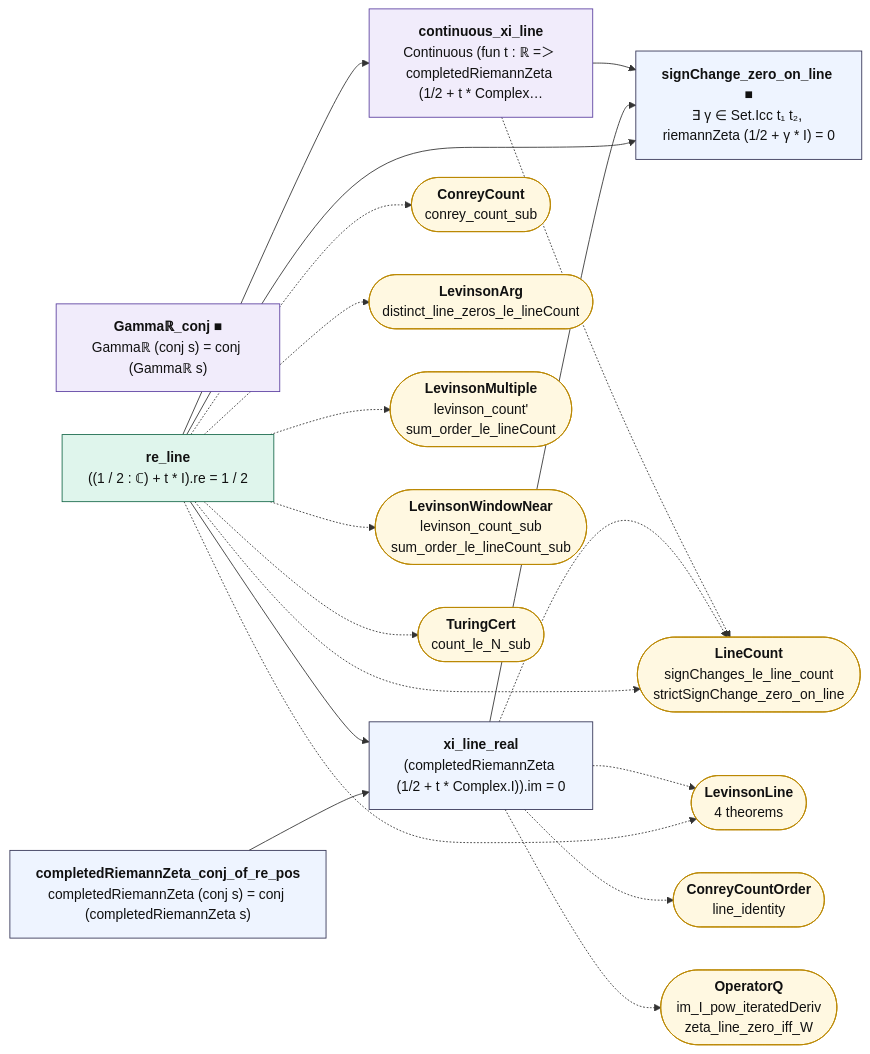
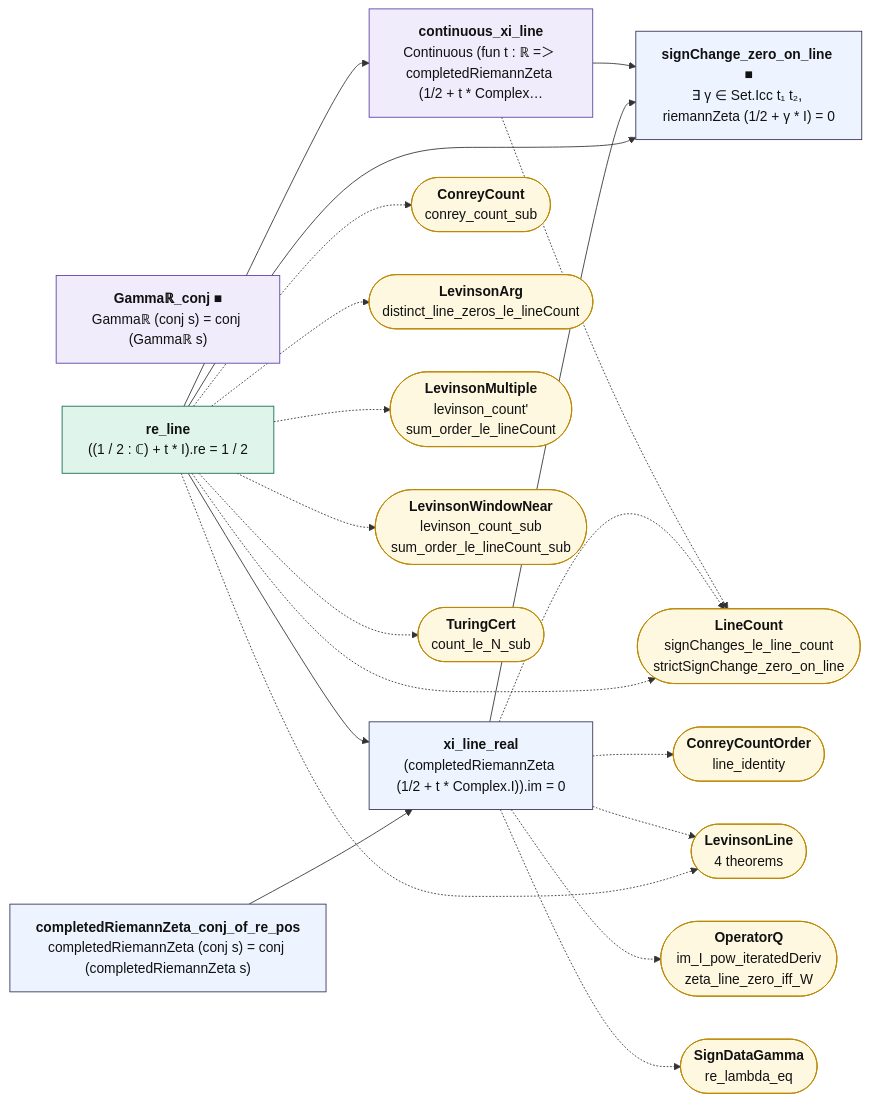
The diagram in map/lean_stage3/HardyZ.md (juliansambranojr/Primebeat_081426), drawn with Mermaid before and after one commit. The commit also changed other lines of this file and 180 other files, not shown here.

````diff
--- a/map/lean_stage3/HardyZ.md
+++ b/map/lean_stage3/HardyZ.md
@@ -14,44 +14,46 @@
 ```mermaid
 flowchart LR
   n0["<b>Gammaℝ_conj ■</b><br/>Gammaℝ (conj s) = conj (Gammaℝ s)"]:::shp
   n1["<b>completedRiemannZeta_conj_of_re_pos</b><br/>completedRiemannZeta (conj s) = conj (completedRiemannZeta s)"]:::thm
   n2["<b>re_line</b><br/>((1 / 2 : ℂ) + t * I).re = 1 / 2"]:::cnt
   n3["<b>xi_line_real</b><br/>(completedRiemannZeta (1/2 + t * Complex.I)).im = 0"]:::thm
   n4["<b>continuous_xi_line</b><br/>Continuous (fun t : ℝ =＞ completedRiemannZeta (1/2 + t * Complex…"]:::shp
   n5["<b>signChange_zero_on_line ■</b><br/>∃ γ ∈ Set.Icc t₁ t₂, riemannZeta (1/2 + γ * I) = 0"]:::thm
   x0(["<b>ConreyCount</b><br/>conrey_count_sub"]):::ext
   x1(["<b>LevinsonArg</b><br/>distinct_line_zeros_le_lineCount"]):::ext
   x2(["<b>LevinsonLine</b><br/>4 theorems"]):::ext
   x3(["<b>LevinsonMultiple</b><br/>levinson_count'<br/>sum_order_le_lineCount"]):::ext
   x4(["<b>LevinsonWindowNear</b><br/>levinson_count_sub<br/>sum_order_le_lineCount_sub"]):::ext
   x5(["<b>LineCount</b><br/>signChanges_le_line_count<br/>strictSignChange_zero_on_line"]):::ext
   x6(["<b>TuringCert</b><br/>count_le_N_sub"]):::ext
   x7(["<b>ConreyCountOrder</b><br/>line_identity"]):::ext
   x8(["<b>OperatorQ</b><br/>im_I_pow_iteratedDeriv<br/>zeta_line_zero_iff_W"]):::ext
+  x9(["<b>SignDataGamma</b><br/>re_lambda_eq"]):::ext
   n1 --> n3
   n2 --> n3
   n2 --> n4
   n2 --> n5
   n3 --> n5
   n4 --> n5
   n2 -.-> x0
   n2 -.-> x1
   n2 -.-> x2
   n2 -.-> x3
   n2 -.-> x4
   n2 -.-> x5
   n2 -.-> x6
   n3 -.-> x2
   n3 -.-> x5
   n3 -.-> x7
   n3 -.-> x8
+  n3 -.-> x9
   n4 -.-> x5
   classDef cnt fill:#dff5ec,stroke:#17694a,color:#111
   classDef shp fill:#f1ecfb,stroke:#5b3fa0,color:#111
   classDef rh fill:#ffe5e5,stroke:#c22,color:#111,stroke-width:2px
   classDef thm fill:#eef4ff,stroke:#335,color:#111
   classDef end_ fill:#e7f7e7,stroke:#2a7,color:#111,stroke-width:2px
   classDef lone fill:#fff,stroke:#999,color:#111,stroke-dasharray:4 3
   classDef bad fill:#ffe5e5,stroke:#c22,color:#111,stroke-width:2px
   classDef ext fill:#fff8e1,stroke:#b80,color:#111
 ```
````
